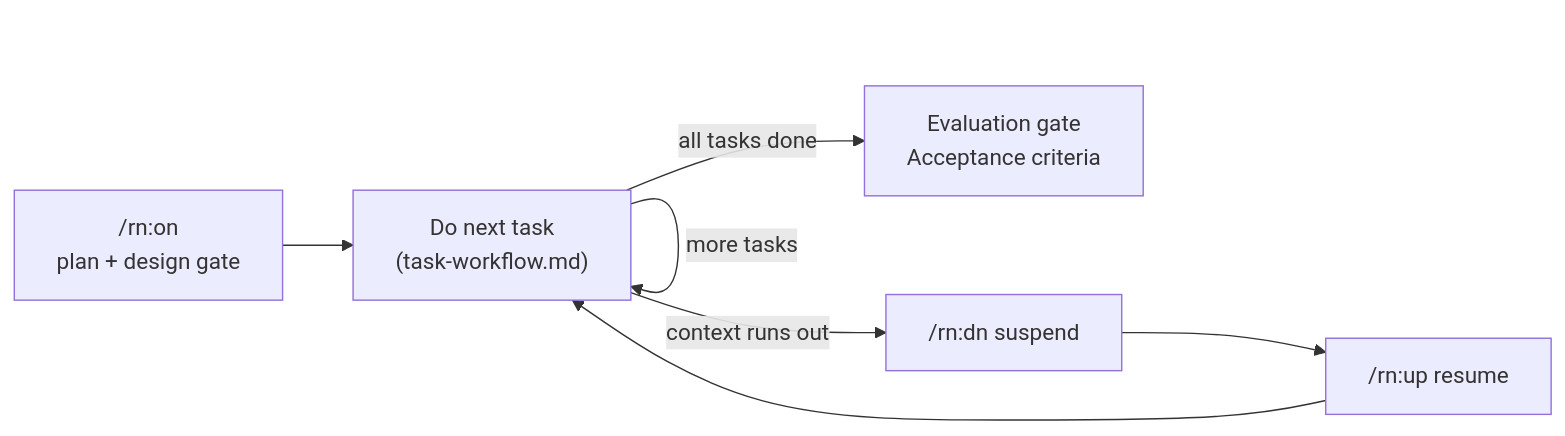
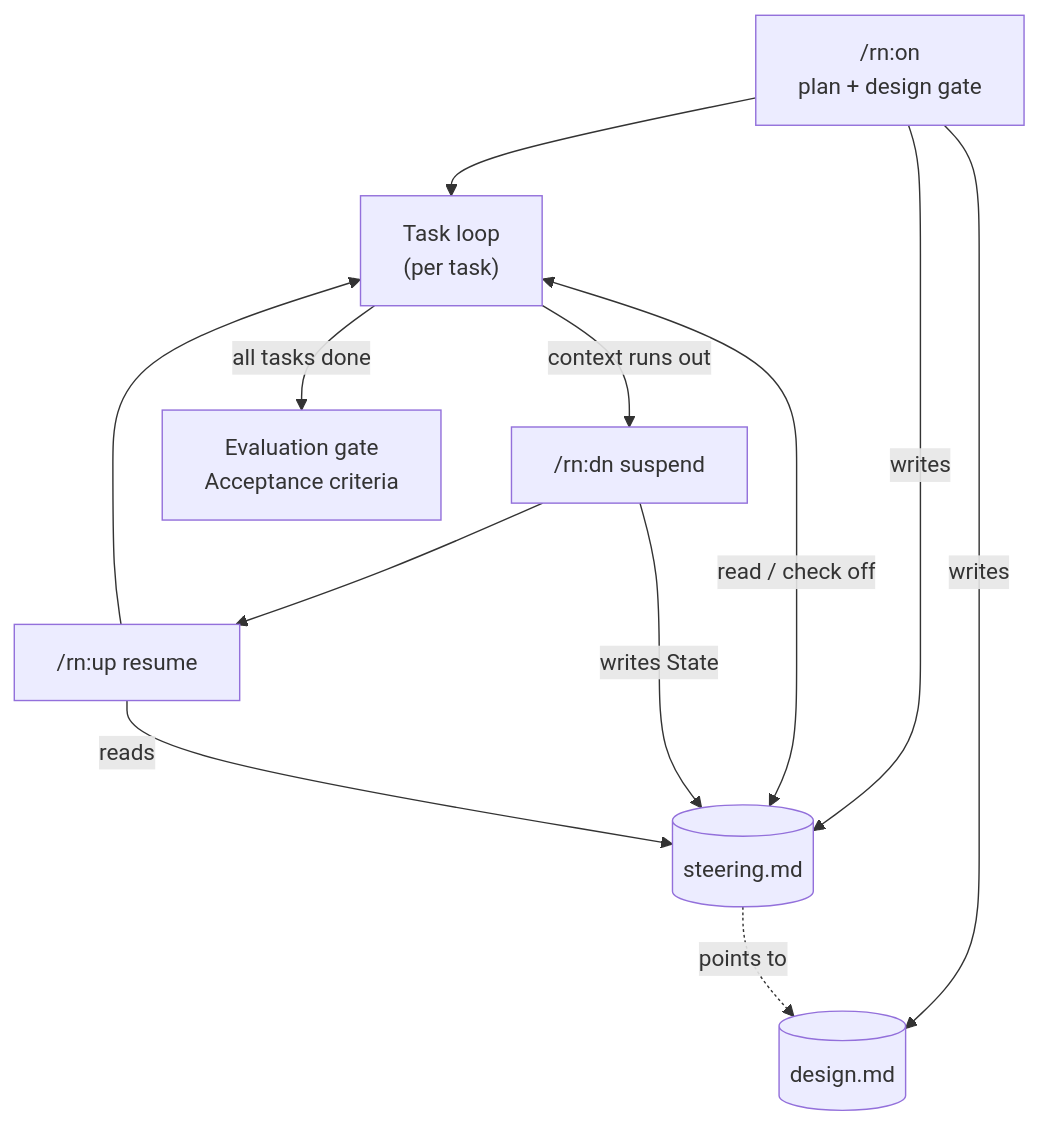
Before and after one commit to lovaizu/ccpm: the second of 3 diagrams in rn/docs/design.md, drawn with Mermaid. The commit also changed other lines of this file, not shown here.

Commit message:
docs(rn): split Flow into two altitudes — session lifecycle (steering as spine) + task loop

````diff
--- a/rn/docs/design.md
+++ b/rn/docs/design.md
@@ -60,9 +62,22 @@
 ```mermaid
-flowchart LR
-  on["/rn:on<br/>plan + design gate"] --> task["Do next task<br/>(task-workflow.md)"]
-  task -->|more tasks| task
-  task -->|context runs out| dn["/rn:dn suspend"]
-  dn --> up["/rn:up resume"]
-  up --> task
-  task -->|all tasks done| eval["Evaluation gate<br/>Acceptance criteria"]
+flowchart TD
+  on["/rn:on<br/>plan + design gate"]
+  loop["Task loop<br/>(per task)"]
+  dn["/rn:dn suspend"]
+  up["/rn:up resume"]
+  eval["Evaluation gate<br/>Acceptance criteria"]
+  steer[("steering.md")]
+  dsgn[("design.md")]
+
+  on -->|writes| steer
+  on -->|writes| dsgn
+  steer -. points to .-> dsgn
+  on --> loop
+  loop <-->|read / check off| steer
+  loop -->|context runs out| dn
+  dn -->|writes State| steer
+  dn --> up
+  up -->|reads| steer
+  up --> loop
+  loop -->|all tasks done| eval
 ```
````
